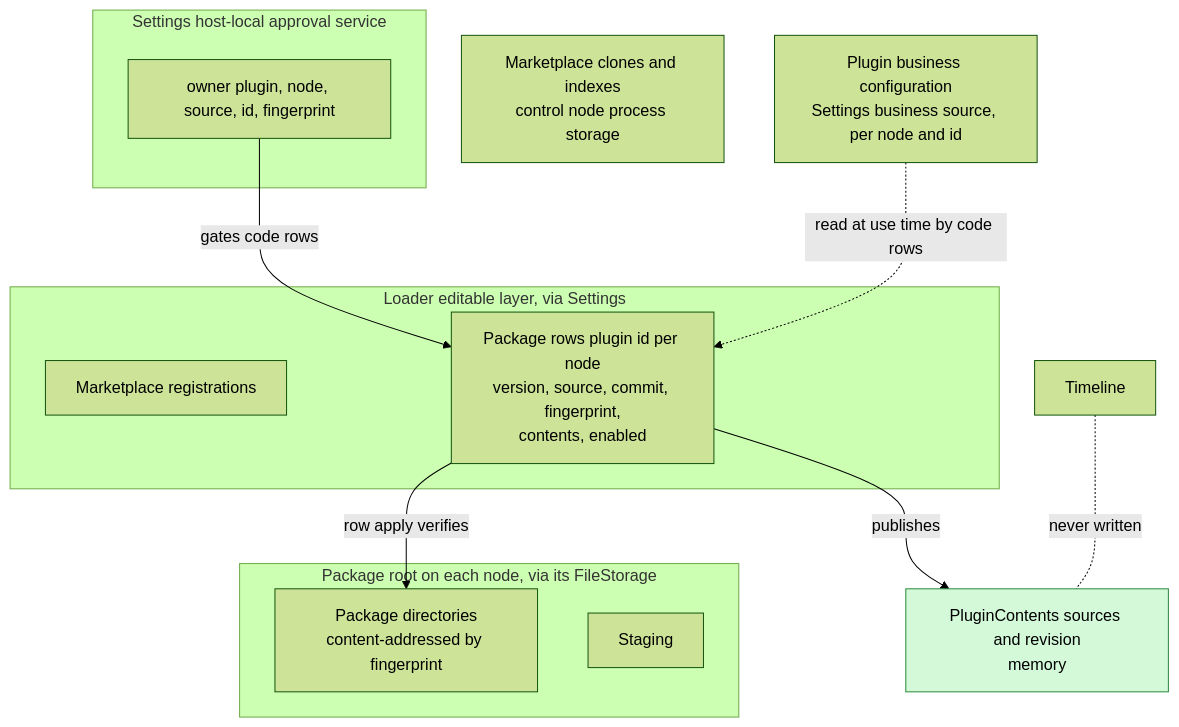
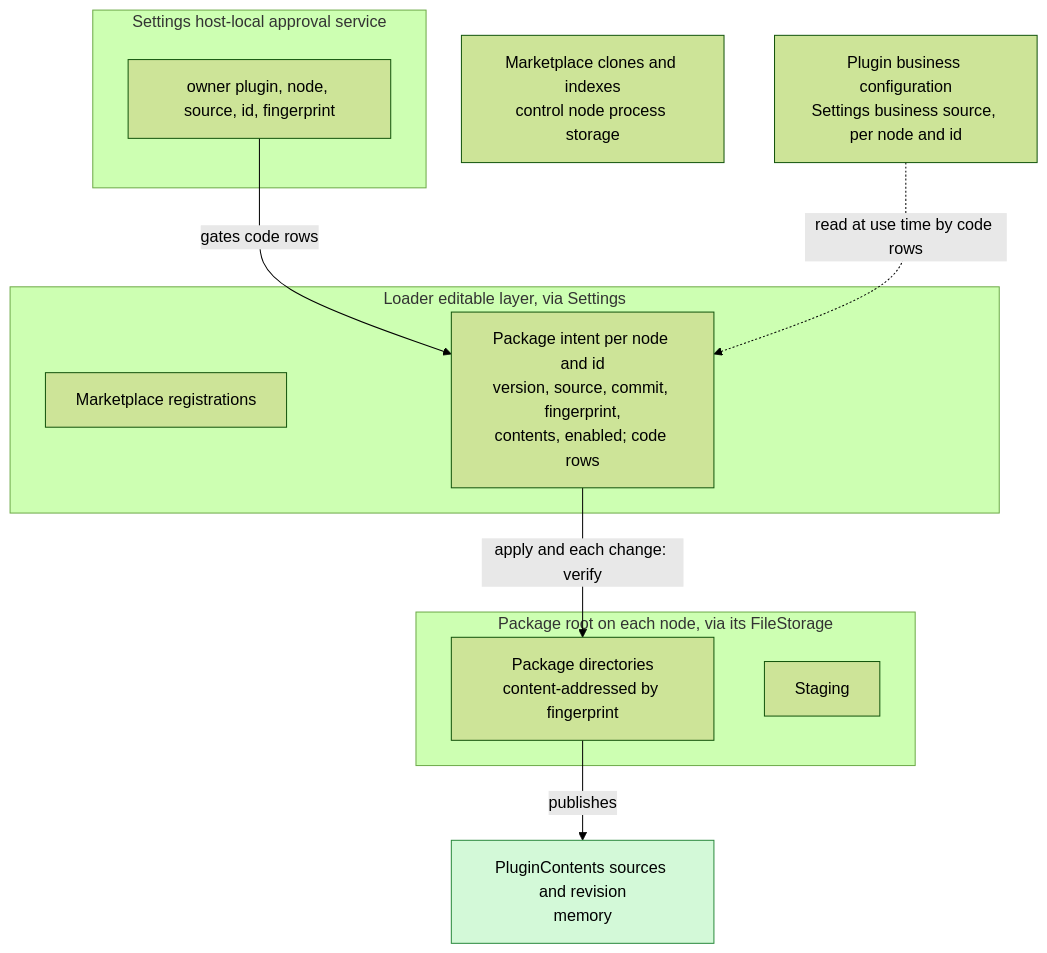
The second of 6 diagrams in docs/design/plugins/PluginManager.md (CoutinhoTTS/dim-agent), drawn with Mermaid (forest theme) before and after one commit. The commit also changed other lines of this file and 2 other files, not shown here.

Commit message:
docs(design): rescope Modality, PluginManager and RemoteGateway per ADR 002

````diff
--- a/docs/design/plugins/PluginManager.md
+++ b/docs/design/plugins/PluginManager.md
@@ -52,24 +44,22 @@
 ```mermaid
 flowchart TB
   subgraph LEL["Loader editable layer, via Settings"]
     MK["Marketplace registrations"]
-    PR["Package rows plugin id per node<br/>version, source, commit, fingerprint,<br/>contents, enabled"]
+    PR["Package intent per node and id<br/>version, source, commit, fingerprint,<br/>contents, enabled; code rows"]
   end
   BC["Plugin business configuration<br/>Settings business source, per node and id"]
   subgraph HLA["Settings host-local approval service"]
     AP["owner plugin, node, source, id, fingerprint"]
   end
   subgraph PS["Package root on each node, via its FileStorage"]
     PKG["Package directories<br/>content-addressed by fingerprint"]
     STG["Staging"]
   end
   CACHE["Marketplace clones and indexes<br/>control node process storage"]
   MEM["PluginContents sources and revision<br/>memory"]:::new
-  TL["Timeline"]
-  PR -->|"row apply verifies"| PKG
-  PR -->|"publishes"| MEM
+  PR -->|"apply and each change: verify"| PKG
+  PKG -->|"publishes"| MEM
   AP -->|"gates code rows"| PR
   BC -.->|"read at use time by code rows"| PR
-  TL -.-|"never written"| MEM
   classDef new fill:#d3f9d8,stroke:#2b8a3e,color:#000
 ```
````
